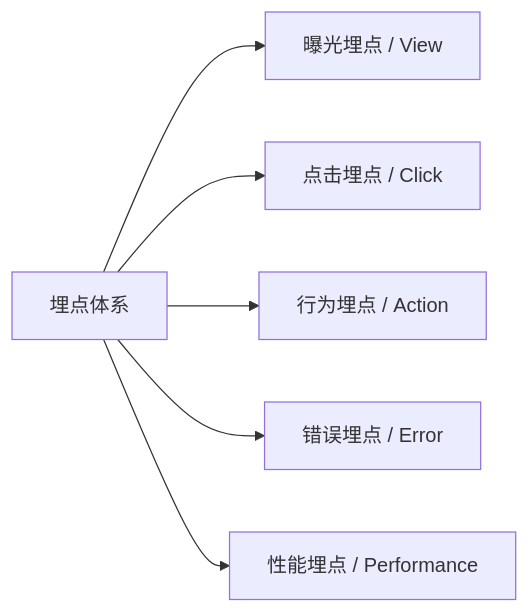
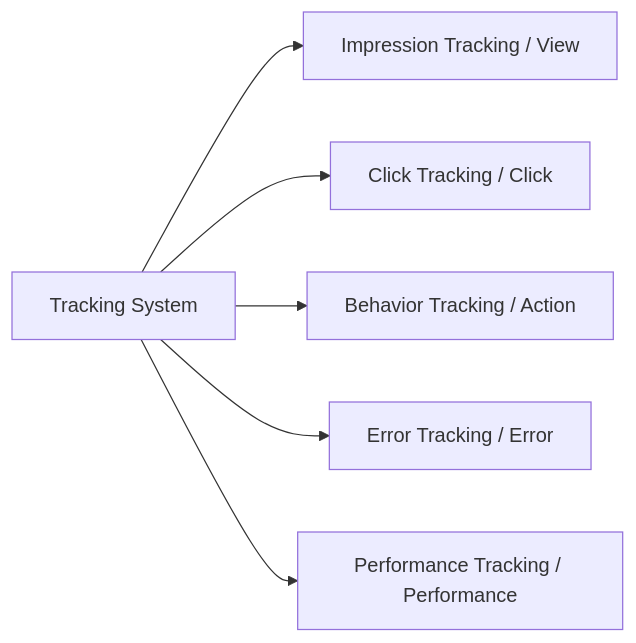
The tenth of 12 diagrams in templates/产品/产品层/【模板】产品需求文档.md (Kirky-X/cangjie), drawn with Mermaid before and after one commit. The commit also changed other lines of this file and 46 other files, not shown here.

````diff
--- a/templates/产品/产品层/【模板】产品需求文档.md
+++ b/templates/产品/产品层/【模板】产品需求文档.md
@@ -537,8 +537,8 @@
 ```mermaid
 graph LR
-    A[埋点体系] --> B[曝光埋点 / View]
-    A --> C[点击埋点 / Click]
-    A --> D[行为埋点 / Action]
-    A --> E[错误埋点 / Error]
-    A --> F[性能埋点 / Performance]
+    A[Tracking System] --> B[Impression Tracking / View]
+    A --> C[Click Tracking / Click]
+    A --> D[Behavior Tracking / Action]
+    A --> E[Error Tracking / Error]
+    A --> F[Performance Tracking / Performance]
 ```
````
